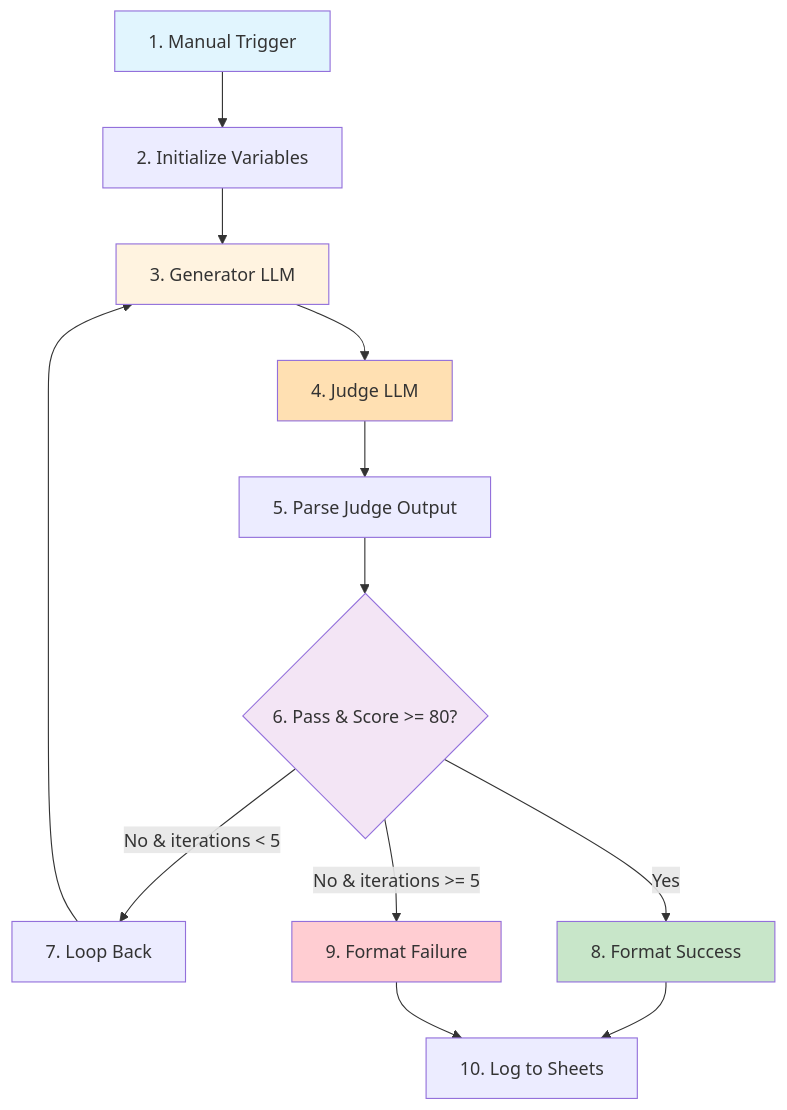
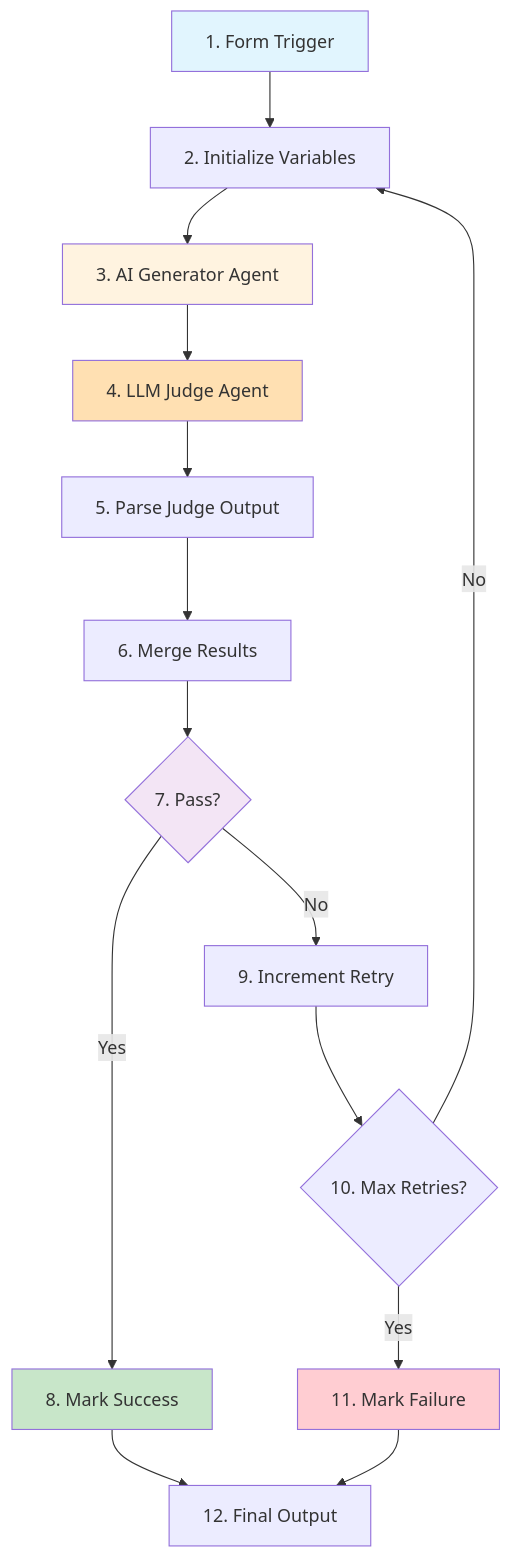
One commit to LouisChanCLY/automation-exercise changed the diagram in docs/exercises/03-llm-as-judge/part-b-workflow.md. Above: the diagram before and after it, drawn with Mermaid. The commit also changed other lines of this file and 4 other files, not shown here.

First line of the commit message:
refactor: Revise Exercise 3 with simplified architecture

````diff
--- a/docs/exercises/03-llm-as-judge/part-b-workflow.md
+++ b/docs/exercises/03-llm-as-judge/part-b-workflow.md
@@ -34,21 +34,23 @@
 ```mermaid
 graph TB
-    Start[1. Manual Trigger] --> Init[2. Initialize Variables]
-    Init --> Gen[3. Generator LLM]
-    Gen --> Judge[4. Judge LLM]
+    Start[1. Form Trigger] --> Init[2. Initialize Variables]
+    Init --> Gen[3. AI Generator Agent]
+    Gen --> Judge[4. LLM Judge Agent]
     Judge --> Parse[5. Parse Judge Output]
-    Parse --> Check{6. Pass & Score >= 80?}
-    Check -->|No & iterations < 5| Loop[7. Loop Back]
-    Loop --> Gen
-    Check -->|Yes| Format[8. Format Success]
-    Check -->|No & iterations >= 5| Fail[9. Format Failure]
-    Format --> Log[10. Log to Sheets]
-    Fail --> Log
+    Parse --> Merge[6. Merge Results]
+    Merge --> Check{7. Pass?}
+    Check -->|Yes| Success[8. Mark Success]
+    Check -->|No| Retry[9. Increment Retry]
+    Retry --> MaxCheck{10. Max Retries?}
+    MaxCheck -->|Yes| Fail[11. Mark Failure]
+    MaxCheck -->|No| Init
+    Success --> Output[12. Final Output]
+    Fail --> Output
 
     style Start fill:#e1f5fe
     style Gen fill:#fff3e0
     style Judge fill:#ffe0b2
     style Check fill:#f3e5f5
-    style Format fill:#c8e6c9
+    style Success fill:#c8e6c9
     style Fail fill:#ffcdd2
 ```
````
